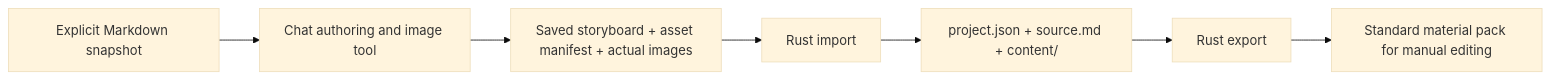
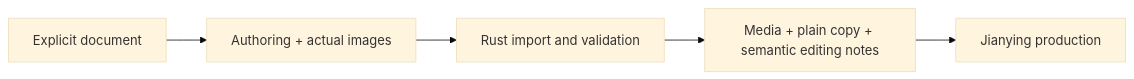
One commit to XiaoWeiKIN/MindFrame changed the diagram in ARCHITECTURE.md. Above: the diagram before and after it, drawn with Mermaid (base theme). The commit also changed other lines of this file and 17 other files, not shown here.

Commit message:
refactor: make Jianying material packs primary and isolate video preview

````diff
--- a/ARCHITECTURE.md
+++ b/ARCHITECTURE.md
@@ -8,9 +9,7 @@
 ```mermaid
 flowchart LR
-  Source[Explicit Markdown snapshot] --> Chat[Chat authoring and image tool]
-  Chat --> Files[Saved storyboard + asset manifest + actual images]
-  Files --> Import[Rust import]
-  Import --> Project[project.json + source.md + content/]
-  Project --> Export[Rust export]
-  Export --> Editor[Standard material pack for manual editing]
+  Source[Explicit document] --> Chat[Authoring + actual images]
+  Chat --> Import[Rust import and validation]
+  Import --> Pack[Media + plain copy + semantic editing notes]
+  Pack --> Editor[Jianying production]
 ```
````
